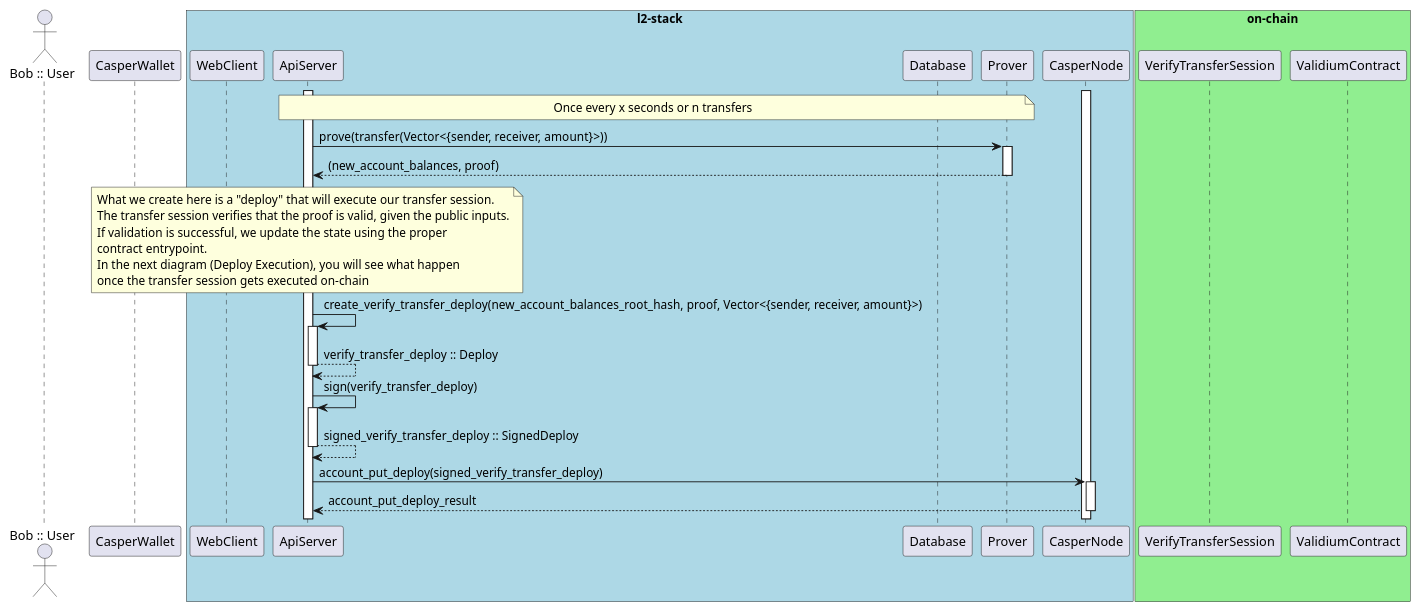
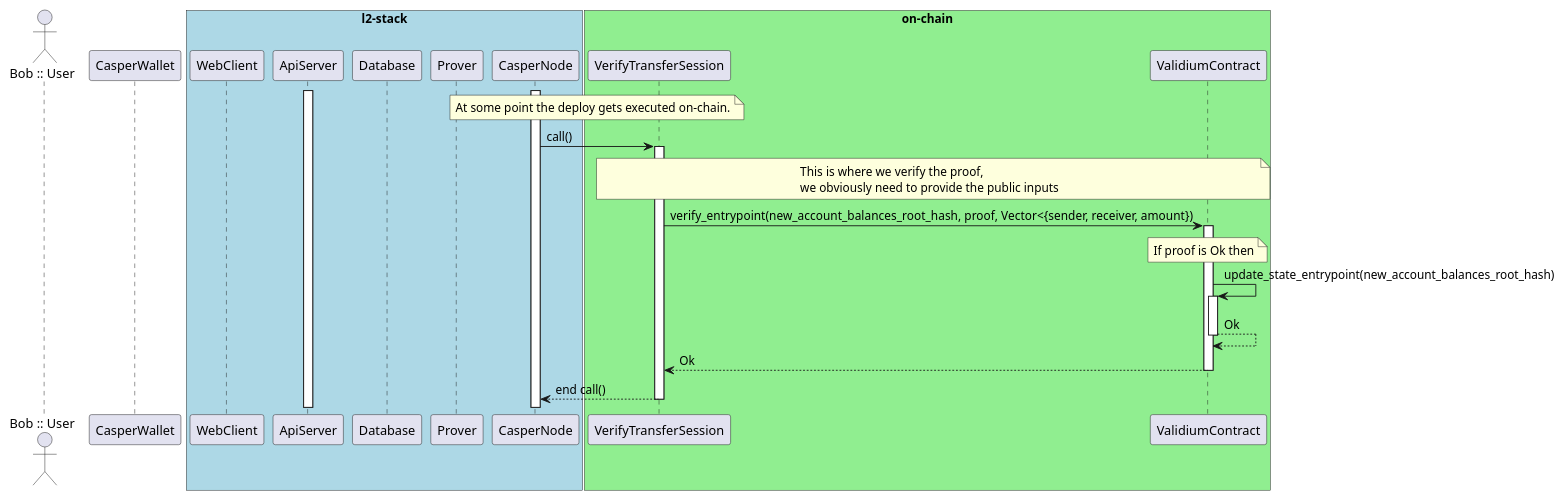
One commit to cspr-rad/kairos-spec changed the diagram in diagrams/transfer_sequence_diagram_deploy_execution.puml. Above: the diagram before and after it, drawn with PlantUML. The commit also changed 1 other file, not shown here.

Commit message:
diagrams: fix accidental mixup

```diff
--- a/diagrams/transfer_sequence_diagram_deploy_execution.puml
+++ b/diagrams/transfer_sequence_diagram_deploy_execution.puml
@@ -1,42 +1,40 @@
 @startuml
 autoactivate on
 actor "Bob :: User" as Bob
 participant CasperWallet
 box "l2-stack" #LightBlue
 participant WebClient
 participant ApiServer
 participant Database
 participant Prover
 participant CasperNode
 end box
 box "on-chain" #LightGreen
 participant VerifyTransferSession
 participant ValidiumContract
 end box
 
 activate CasperNode
 activate ApiServer
 
-note over ApiServer, Prover
-Once every x seconds or n transfers
+note over CasperNode, VerifyTransferSession
+At some point the deploy gets executed on-chain.
 end note
-ApiServer -> Prover: prove(transfer(Vector<{sender, receiver, amount}>))
-Prover --> ApiServer: (new_account_balances, proof)
 
-note over ApiServer
-What we create here is a "deploy" that will execute our transfer session.
-The transfer session verifies that the proof is valid, given the public inputs.
-If validation is successful, we update the state using the proper
-contract entrypoint.
-In the next diagram (Deploy Execution), you will see what happen 
-once the transfer session gets executed on-chain
+CasperNode -> VerifyTransferSession: call()
+
+note over VerifyTransferSession, ValidiumContract
+This is where we verify the proof,
+we obviously need to provide the public inputs
 end note
-ApiServer -> ApiServer: create_verify_transfer_deploy(new_account_balances_root_hash, proof, Vector<{sender, receiver, amount}>)
-ApiServer --> ApiServer: verify_transfer_deploy :: Deploy
 
-ApiServer -> ApiServer: sign(verify_transfer_deploy)
-ApiServer --> ApiServer: signed_verify_transfer_deploy :: SignedDeploy
+VerifyTransferSession -> ValidiumContract: verify_entrypoint(new_account_balances_root_hash, proof, Vector<{sender, receiver, amount})
 
-ApiServer -> CasperNode: account_put_deploy(signed_verify_transfer_deploy)
-CasperNode --> ApiServer: account_put_deploy_result
+note over ValidiumContract, ValidiumContract
+If proof is Ok then
+end note
+ValidiumContract -> ValidiumContract: update_state_entrypoint(new_account_balances_root_hash)
+ValidiumContract --> ValidiumContract: Ok
+ValidiumContract --> VerifyTransferSession: Ok 
+VerifyTransferSession --> CasperNode: end call()
 @enduml
```
